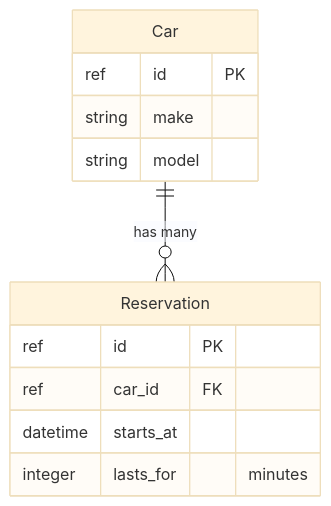
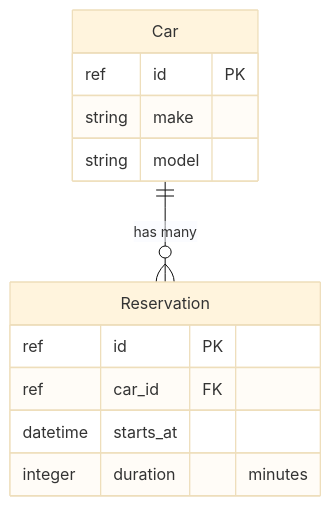
One commit to AlexanderZagaynov/orspytheng changed the diagram in docs/erd.md. Above: the diagram before and after it, drawn with Mermaid (base theme). The commit also changed 13 other files, not shown here.

````diff
--- a/docs/erd.md
+++ b/docs/erd.md
@@ -1,15 +1,15 @@
 ```mermaid
 erDiagram
     Car {
         ref id PK
         string make
         string model
     }
     Reservation {
         ref id PK
         ref car_id FK
         datetime starts_at
-        integer lasts_for "minutes"
+        integer duration "minutes"
     }
     Car ||--o{ Reservation : "has many"
 ```
````
